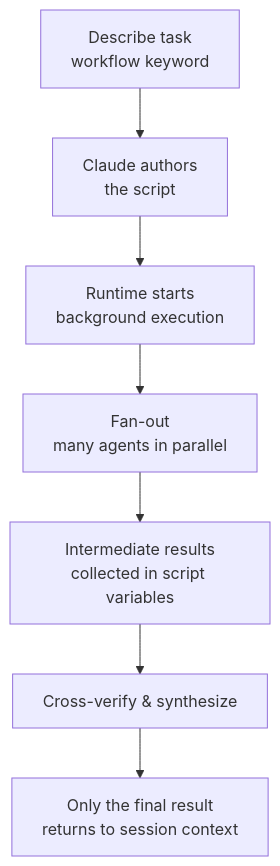
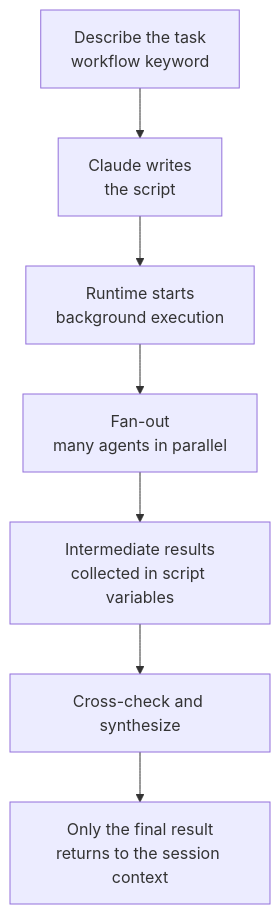
Before and after one commit to modu-ai/moai-adk: the diagram in docs-site/content/en/claude-code/agentic/workflows.md, drawn with Mermaid. The commit also changed other lines of this file and 395 other files, not shown here.

````diff
--- a/docs-site/content/en/claude-code/agentic/workflows.md
+++ b/docs-site/content/en/claude-code/agentic/workflows.md
@@ -62,9 +62,9 @@
 ```mermaid
 flowchart TD
-    A[Describe task<br>workflow keyword] --> B[Claude authors<br>the script]
+    A[Describe the task<br>workflow keyword] --> B[Claude writes<br>the script]
     B --> C[Runtime starts<br>background execution]
     C --> D[Fan-out<br>many agents in parallel]
     D --> E[Intermediate results<br>collected in script variables]
-    E --> F[Cross-verify & synthesize]
-    F --> G[Only the final result<br>returns to session context]
+    E --> F[Cross-check and synthesize]
+    F --> G[Only the final result<br>returns to the session context]
 ```
````
